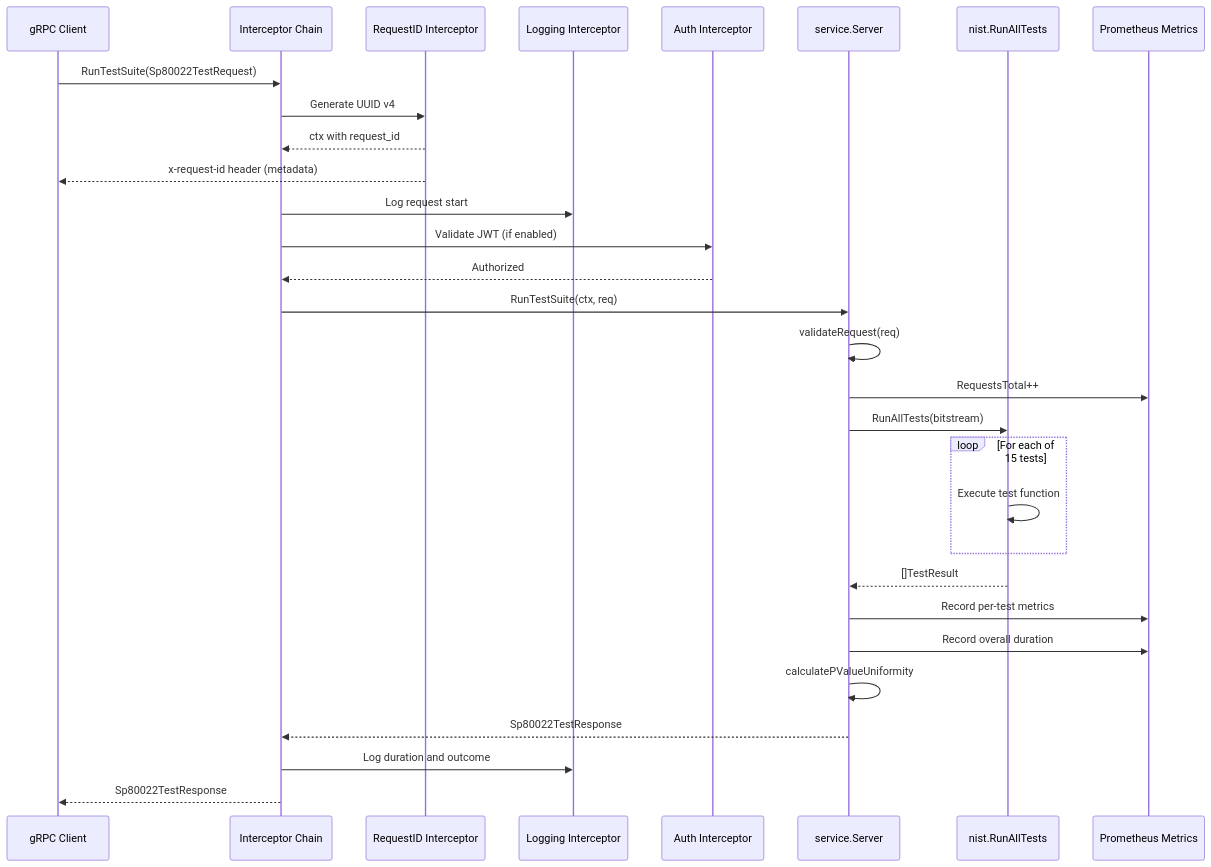
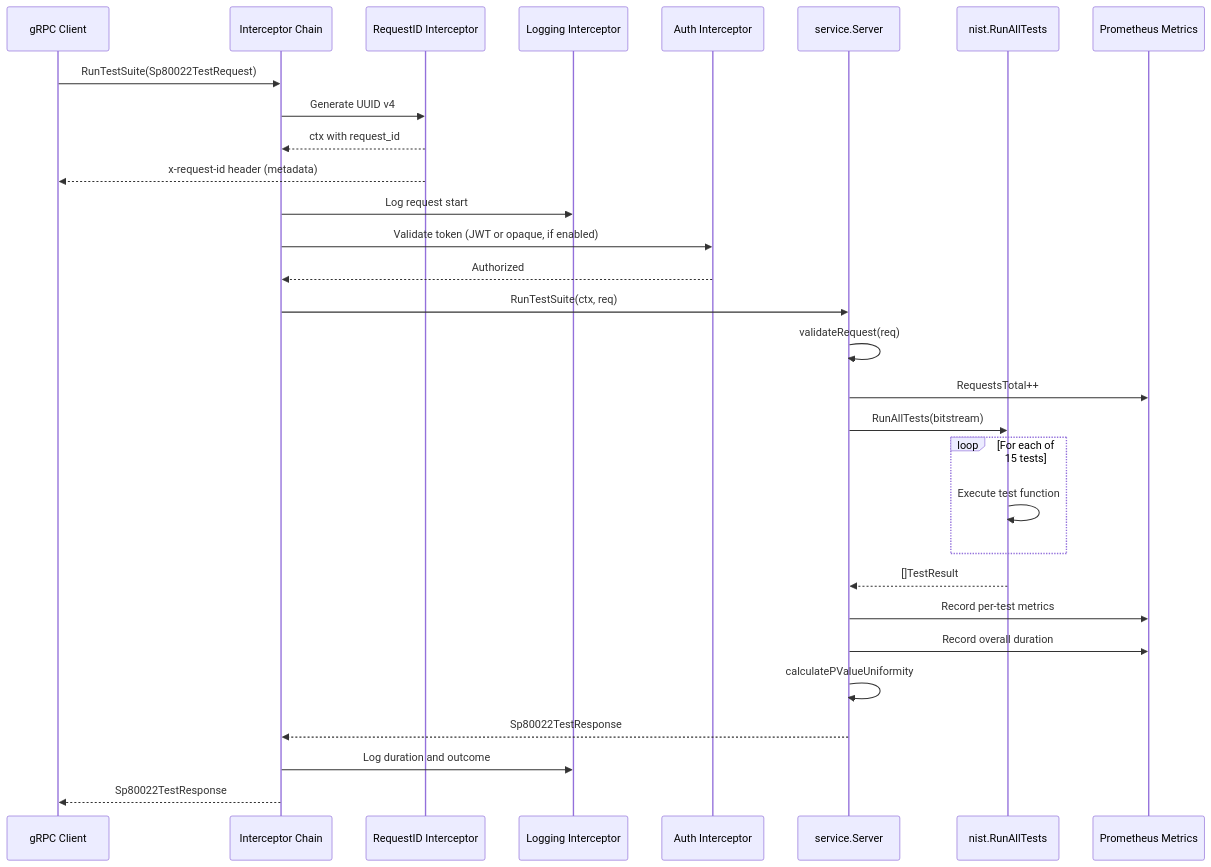
The third of 5 diagrams in docs/architecture.md (AmmannChristian/NIST-SP-800-22-Rev.1A-Go), drawn with Mermaid before and after one commit. The commit also changed other lines of this file and 9 other files, not shown here.

Commit message:
Add support for OAuth2 opaque token introspection

````diff
--- a/docs/architecture.md
+++ b/docs/architecture.md
@@ -281,35 +281,35 @@
 ```mermaid
 sequenceDiagram
     participant C as gRPC Client
     participant INT as Interceptor Chain
     participant MW as RequestID Interceptor
     participant LOG as Logging Interceptor
     participant AUTH as Auth Interceptor
     participant SVC as service.Server
     participant NIST as nist.RunAllTests
     participant MET as Prometheus Metrics
 
     C->>INT: RunTestSuite(Sp80022TestRequest)
     INT->>MW: Generate UUID v4
     MW-->>INT: ctx with request_id
     MW-->>C: x-request-id header (metadata)
     INT->>LOG: Log request start
-    INT->>AUTH: Validate JWT (if enabled)
+    INT->>AUTH: Validate token (JWT or opaque, if enabled)
     AUTH-->>INT: Authorized
     INT->>SVC: RunTestSuite(ctx, req)
     SVC->>SVC: validateRequest(req)
     SVC->>MET: RequestsTotal++
     SVC->>NIST: RunAllTests(bitstream)
 
     loop For each of 15 tests
         NIST->>NIST: Execute test function
     end
 
     NIST-->>SVC: []TestResult
     SVC->>MET: Record per-test metrics
     SVC->>MET: Record overall duration
     SVC->>SVC: calculatePValueUniformity
     SVC-->>INT: Sp80022TestResponse
     INT->>LOG: Log duration and outcome
     INT-->>C: Sp80022TestResponse
 ```
````
